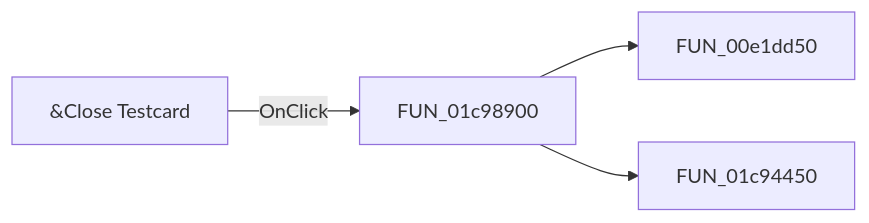
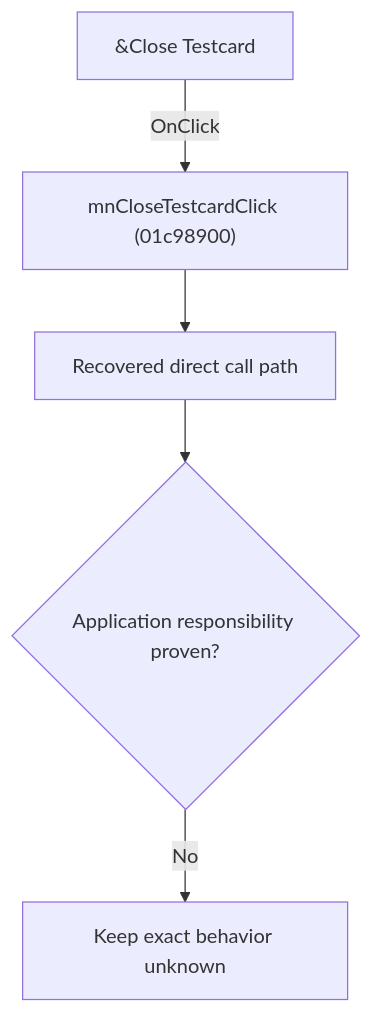
Before and after one commit to MovGP0/TIARA: the diagram in docs/ui-controls/schematiceditor/mnclosetestcard-88eb26ab01.md, drawn with Mermaid. The commit also changed other lines of this file and 1062 other files, not shown here.

````diff
--- a/docs/ui-controls/schematiceditor/mnclosetestcard-88eb26ab01.md
+++ b/docs/ui-controls/schematiceditor/mnclosetestcard-88eb26ab01.md
@@ -27,6 +27,7 @@
 ```mermaid
-flowchart LR
-    control["&Close Testcard"] -->|OnClick| handler["FUN_01c98900"]
-    handler --> call1["FUN_00e1dd50"]
-    handler --> call2["FUN_01c94450"]
+flowchart TD
+    control["&Close Testcard"] -->|"OnClick"| handler["mnCloseTestcardClick (01c98900)"]
+    handler --> recovered["Recovered direct call path"]
+    recovered --> gap{"Application responsibility proven?"}
+    gap -->|"No"| blocked["Keep exact behavior unknown"]
 ```
````
